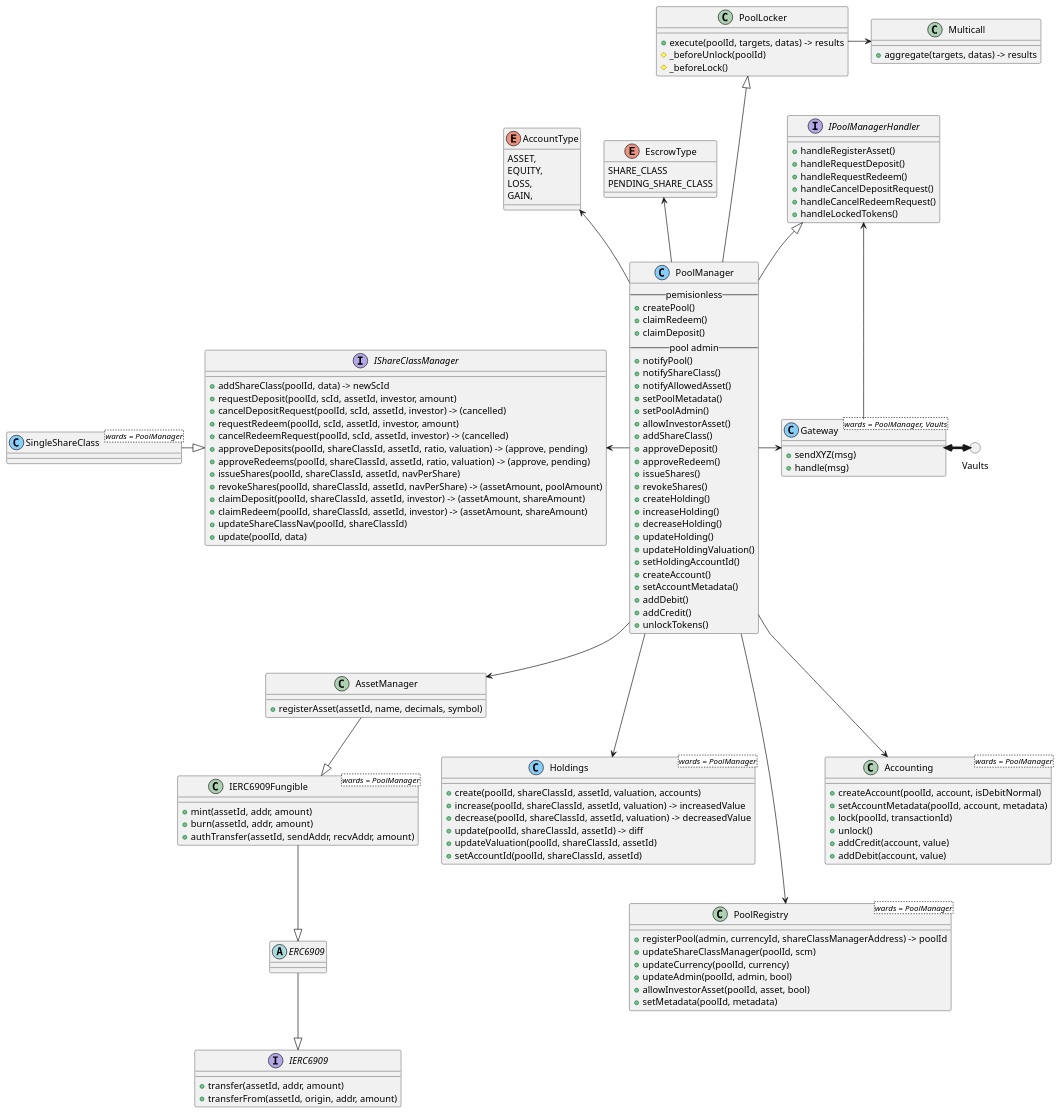
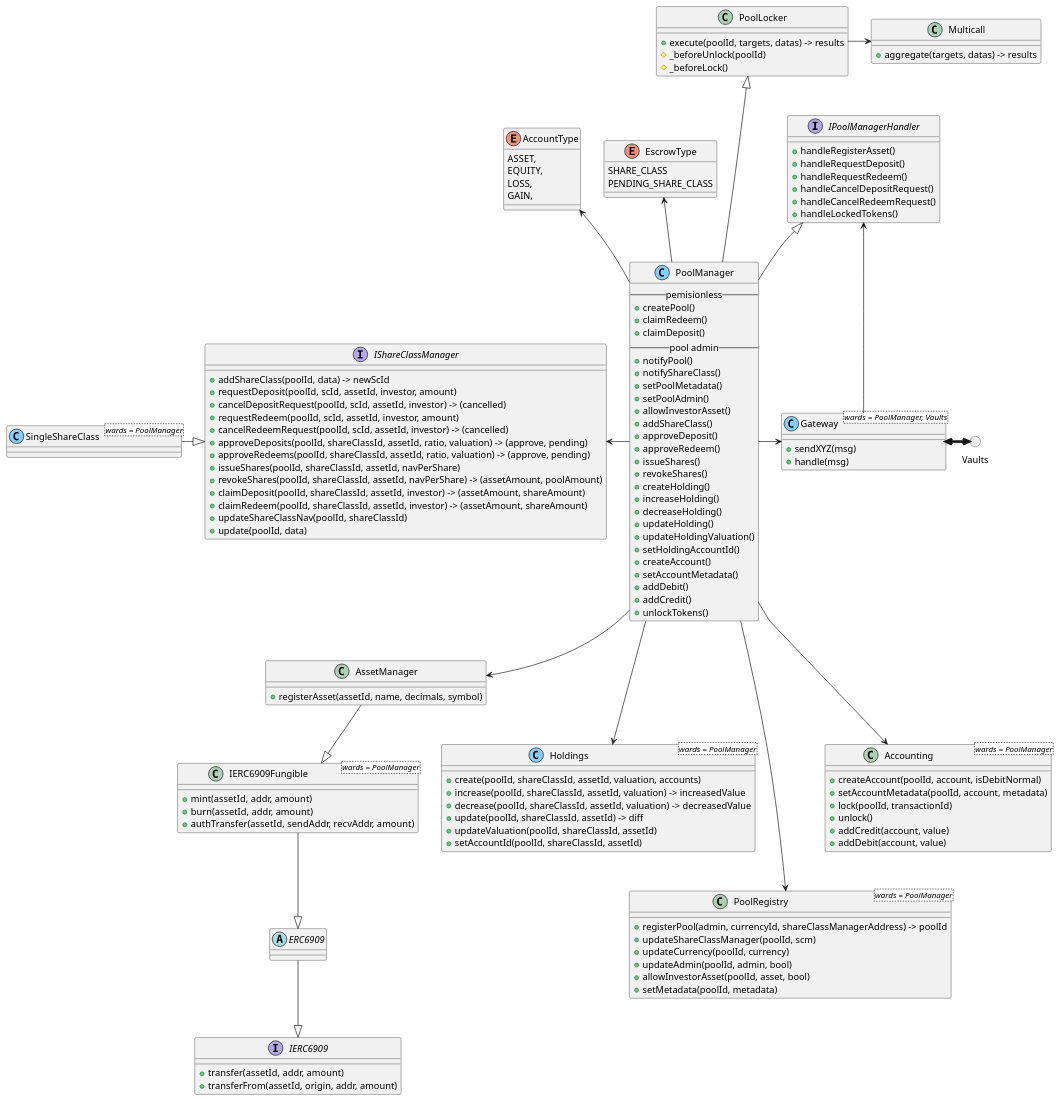
Before and after one commit to centrifuge/protocol: the diagram in docs/pools/architecture.puml, drawn with PlantUML.

```diff
--- a/docs/pools/architecture.puml
+++ b/docs/pools/architecture.puml
@@ -1,155 +1,154 @@
 @startuml
 circle Vaults
 
 interface IERC6909 {
     + transfer(assetId, addr, amount)
     + transferFrom(assetId, origin, addr, amount)
 }
 
 abstract ERC6909 { }
 
 ERC6909 --|> IERC6909
 
 class IERC6909Fungible<wards = PoolManager> {
     + mint(assetId, addr, amount)
     + burn(assetId, addr, amount)
     + authTransfer(assetId, sendAddr, recvAddr, amount)
 }
 
 IERC6909Fungible --|> ERC6909
 
 class AssetManager {
     + registerAsset(assetId, name, decimals, symbol)
 }
 
 AssetManager --|> IERC6909Fungible
 
 class Holdings<wards = PoolManager> <<(C, lightskyblue)>> {
     + create(poolId, shareClassId, assetId, valuation, accounts)
     + increase(poolId, shareClassId, assetId, valuation) -> increasedValue
     + decrease(poolId, shareClassId, assetId, valuation) -> decreasedValue
     + update(poolId, shareClassId, assetId) -> diff
     + updateValuation(poolId, shareClassId, assetId)
     + setAccountId(poolId, shareClassId, assetId)
 }
 
 class PoolRegistry<wards = PoolManager> {
     + registerPool(admin, currencyId, shareClassManagerAddress) -> poolId
     + updateShareClassManager(poolId, scm)
     + updateCurrency(poolId, currency)
     + updateAdmin(poolId, admin, bool)
     + allowInvestorAsset(poolId, asset, bool)
     + setMetadata(poolId, metadata)
 }
 
 interface IShareClassManager {
     + addShareClass(poolId, data) -> newScId
     + requestDeposit(poolId, scId, assetId, investor, amount)
     + cancelDepositRequest(poolId, scId, assetId, investor) -> (cancelled)
     + requestRedeem(poolId, scId, assetId, investor, amount)
     + cancelRedeemRequest(poolId, scId, assetId, investor) -> (cancelled)
     + approveDeposits(poolId, shareClassId, assetId, ratio, valuation) -> (approve, pending)
     + approveRedeems(poolId, shareClassId, assetId, ratio, valuation) -> (approve, pending)
     + issueShares(poolId, shareClassId, assetId, navPerShare)
     + revokeShares(poolId, shareClassId, assetId, navPerShare) -> (assetAmount, poolAmount)
     + claimDeposit(poolId, shareClassId, assetId, investor) -> (assetAmount, shareAmount)
     + claimRedeem(poolId, shareClassId, assetId, investor) -> (assetAmount, shareAmount)
     + updateShareClassNav(poolId, shareClassId)
     + update(poolId, data)
 }
 
 class SingleShareClass<wards = PoolManager> <<(C, lightskyblue)>>{ }
 SingleShareClass -down|> IShareClassManager
 
 class Accounting<wards = PoolManager> {
     + createAccount(poolId, account, isDebitNormal)
     + setAccountMetadata(poolId, account, metadata)
     + lock(poolId, transactionId)
     + unlock()
     + addCredit(account, value)
     + addDebit(account, value)
 }
 
 class Multicall {
     + aggregate(targets, datas) -> results
 }
 
 class PoolLocker {
     + execute(poolId, targets, datas) -> results
     # _beforeUnlock(poolId)
     # _beforeLock()
 }
 
 PoolLocker -right-> Multicall
 
 enum EscrowType {
     SHARE_CLASS
     PENDING_SHARE_CLASS
 }
 
 enum AccountType {
     ASSET,
     EQUITY,
     LOSS,
     GAIN,
 }
 
 interface IPoolManagerHandler {
     + handleRegisterAsset()
     + handleRequestDeposit()
     + handleRequestRedeem()
     + handleCancelDepositRequest()
     + handleCancelRedeemRequest()
     + handleLockedTokens()
 }
 
 class PoolManager <<(C, lightskyblue)>> {
     -- pemisionless --
     + createPool()
     + claimRedeem()
     + claimDeposit()
     -- pool admin --
     + notifyPool()
     + notifyShareClass()
-    + notifyAllowedAsset()
     + setPoolMetadata()
     + setPoolAdmin()
     + allowInvestorAsset()
     + addShareClass()
     + approveDeposit()
     + approveRedeem()
     + issueShares()
     + revokeShares()
     + createHolding()
     + increaseHolding()
     + decreaseHolding()
     + updateHolding()
     + updateHoldingValuation()
     + setHoldingAccountId()
     + createAccount()
     + setAccountMetadata()
     + addDebit()
     + addCredit()
     + unlockTokens()
 }
 
 PoolManager -up-|> IPoolManagerHandler
 PoolManager -up--|> PoolLocker
 PoolManager -up-> EscrowType
 PoolManager -up-> AccountType
 PoolManager -down---> PoolRegistry
 PoolManager -left-> IShareClassManager
 PoolManager -down--> Accounting
 PoolManager -down-> AssetManager
 PoolManager -down--> Holdings
 PoolManager -right-> Gateway
 
 class Gateway<wards = PoolManager, Vaults> <<(C, lightskyblue)>> {
     + sendXYZ(msg)
     + handle(msg)
 }
 
 Gateway <-[thickness=4]right-> Vaults
 Gateway -up-> IPoolManagerHandler
 
 @enduml
```
